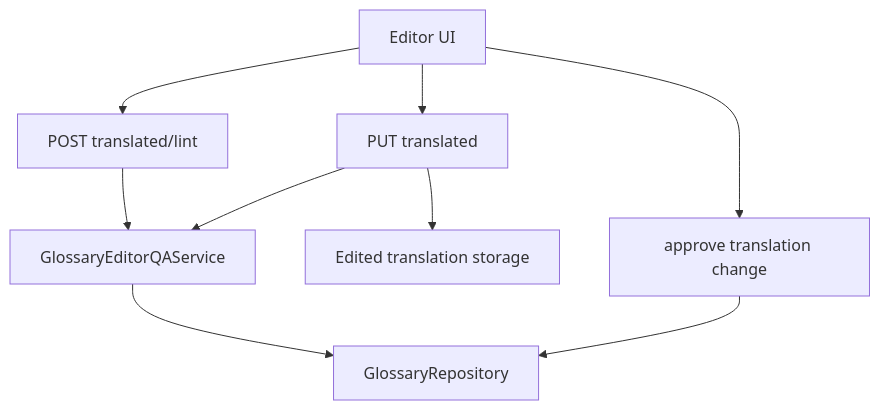
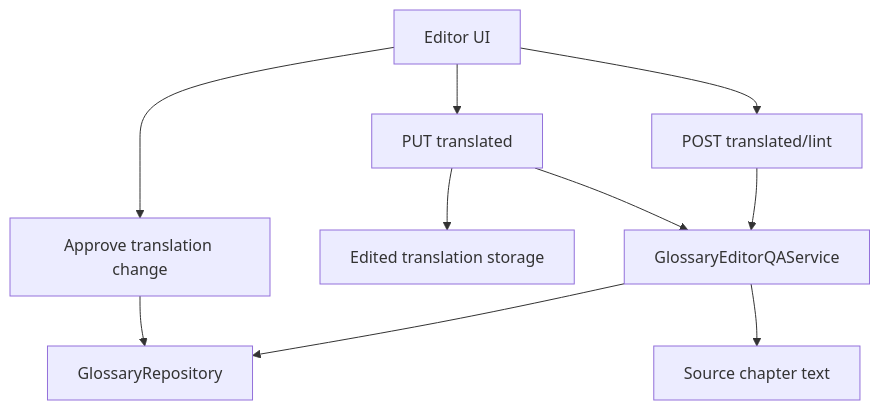
The diagram in .agents/kiro/specs/glossary-aware-editor-qa/design.md (ArchdukeViel/NovelAITranslator2Book), drawn with Mermaid before and after one commit. The commit also changed other lines of this file and 22 other files, not shown here.

````diff
--- a/.agents/kiro/specs/glossary-aware-editor-qa/design.md
+++ b/.agents/kiro/specs/glossary-aware-editor-qa/design.md
@@ -35,11 +47,12 @@
 ```mermaid
 flowchart TD
     UI["Editor UI"] --> Lint["POST translated/lint"]
     UI --> Save["PUT translated"]
     Lint --> QA["GlossaryEditorQAService"]
     Save --> QA
     QA --> Repo["GlossaryRepository"]
+    QA --> Source["Source chapter text"]
     Save --> Store["Edited translation storage"]
-    UI --> Approve["approve translation change"]
+    UI --> Approve["Approve translation change"]
     Approve --> Repo
 ```
````
